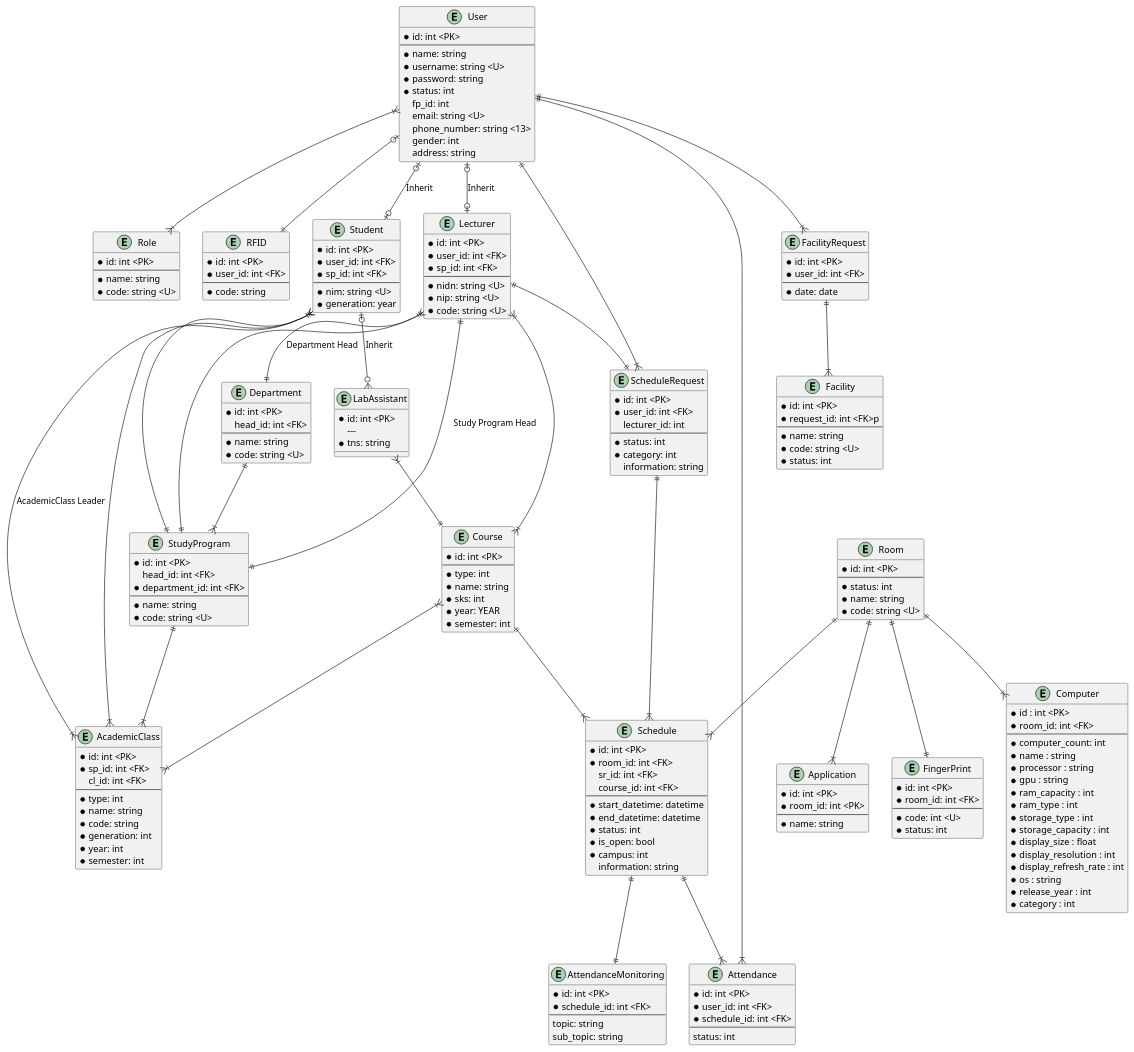
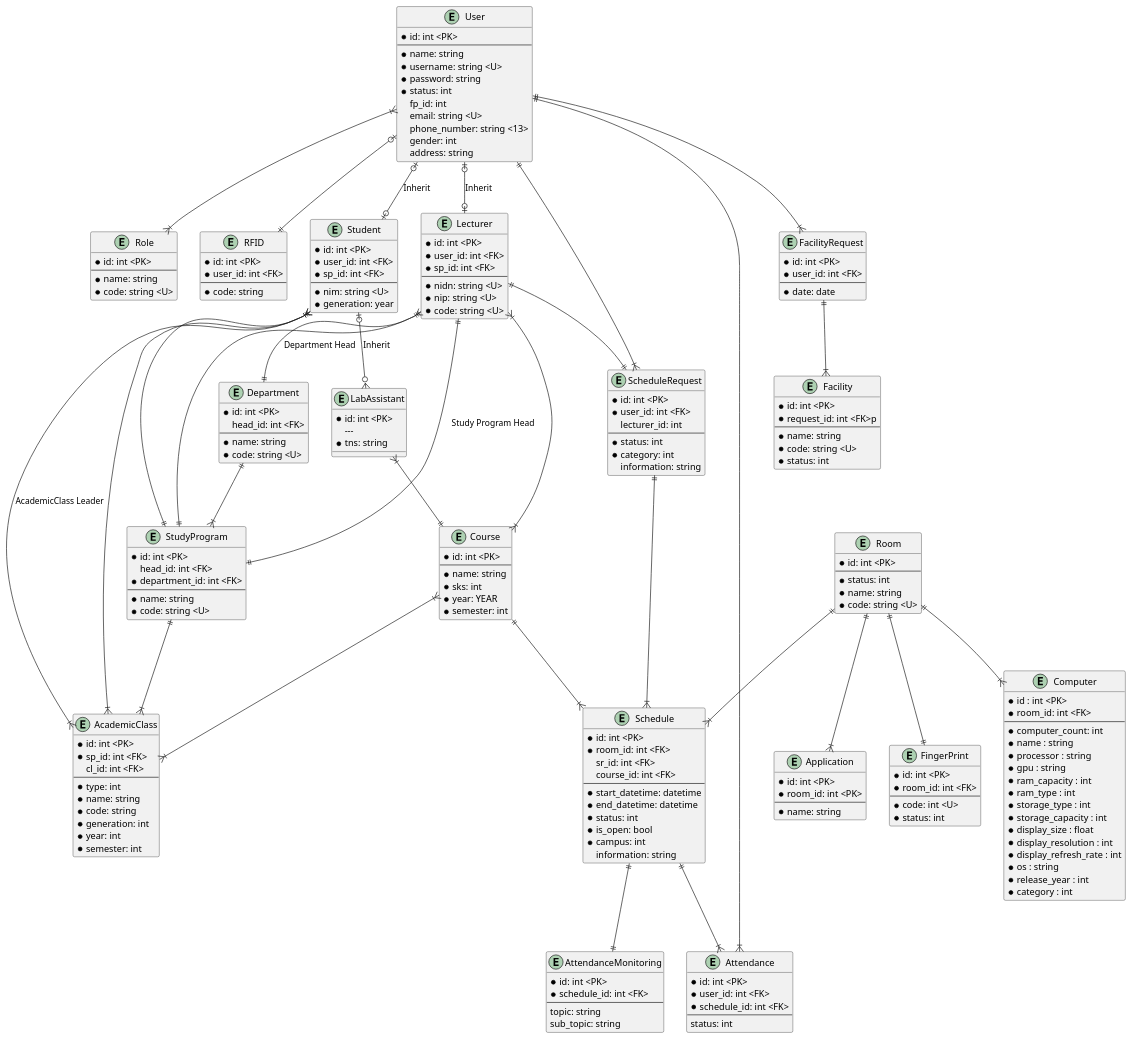
One commit to codebaradev/Simlab changed the diagram in docs/erd.plantuml. Above: the diagram before and after it, drawn with PlantUML. The commit also changed 18 other files, not shown here.

```diff
--- a/docs/erd.plantuml
+++ b/docs/erd.plantuml
@@ -93,7 +93,6 @@
 entity "Course" as course {
     * id: int <PK>
     ---
-    * type: int
     * name: string
     * sks: int
     * year: YEAR
```
